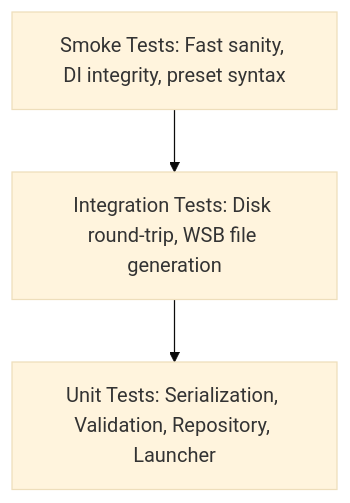
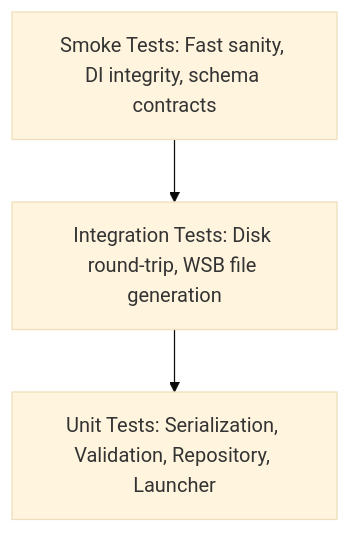
One commit to PAumedes/SandboxStudio changed the second of 2 diagrams in ARCHITECTURE.md. Above: the diagram before and after it, drawn with Mermaid (base theme). The commit also changed other lines of this file and 28 other files, not shown here.

````diff
--- a/ARCHITECTURE.md
+++ b/ARCHITECTURE.md
@@ -58,5 +58,5 @@
 ```mermaid
 flowchart TD
-    Smoke[Smoke Tests: Fast sanity, DI integrity, preset syntax] --> Integration[Integration Tests: Disk round-trip, WSB file generation]
+    Smoke[Smoke Tests: Fast sanity, DI integrity, schema contracts] --> Integration[Integration Tests: Disk round-trip, WSB file generation]
     Integration --> Unit[Unit Tests: Serialization, Validation, Repository, Launcher]
 ```
````
